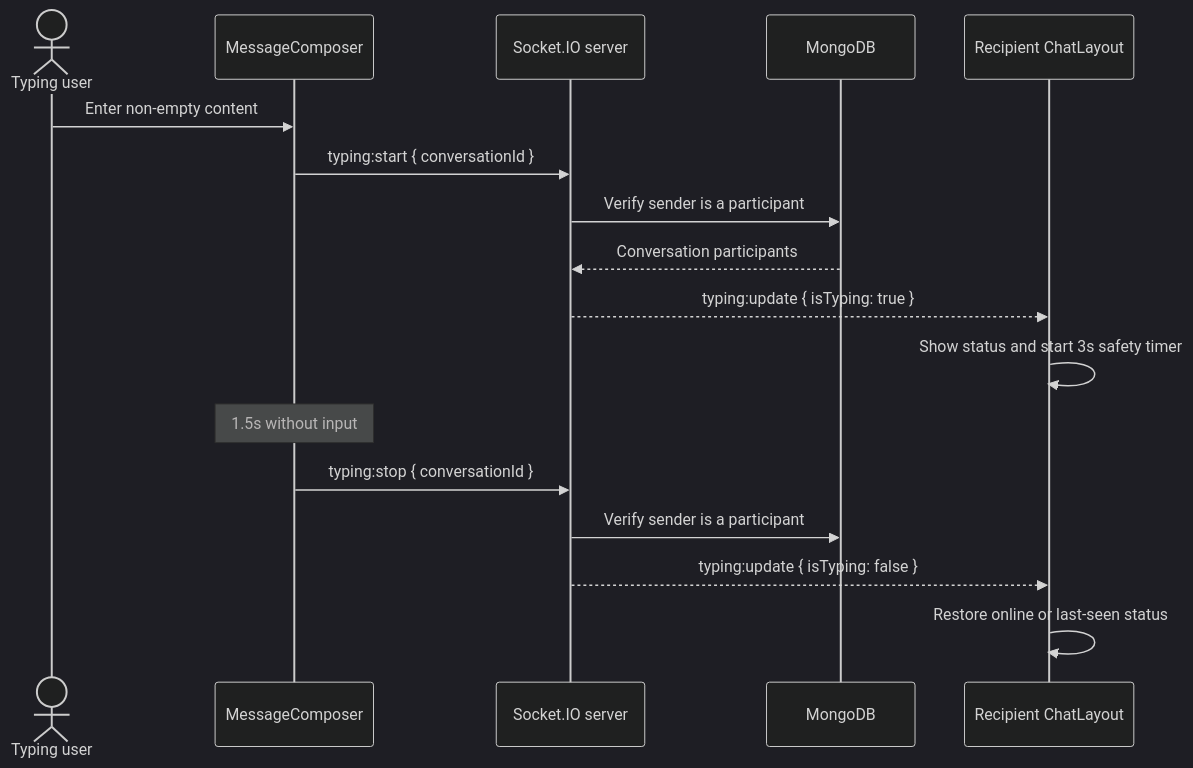
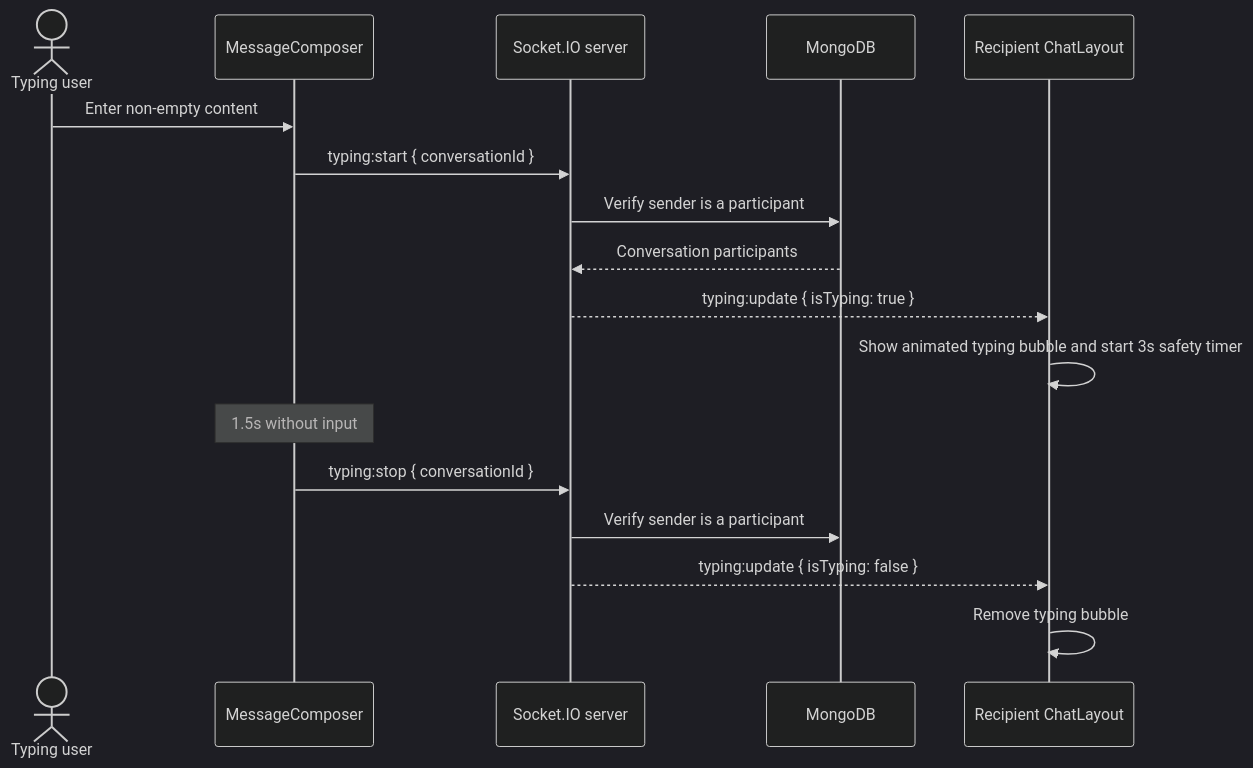
The second of 5 diagrams in docs/05-realtime-events.md (Saurav11343/click-chat), drawn with Mermaid (dark theme) before and after one commit. The commit also changed other lines of this file and 15 other files, not shown here.

````diff
--- a/docs/05-realtime-events.md
+++ b/docs/05-realtime-events.md
@@ -52,20 +55,20 @@
 ```mermaid
 sequenceDiagram
     actor A as Typing user
     participant C as MessageComposer
     participant IO as Socket.IO server
     participant DB as MongoDB
     participant R as Recipient ChatLayout
 
     A->>C: Enter non-empty content
     C->>IO: typing:start { conversationId }
     IO->>DB: Verify sender is a participant
     DB-->>IO: Conversation participants
     IO-->>R: typing:update { isTyping: true }
-    R->>R: Show status and start 3s safety timer
+    R->>R: Show animated typing bubble and start 3s safety timer
     Note over C: 1.5s without input
     C->>IO: typing:stop { conversationId }
     IO->>DB: Verify sender is a participant
     IO-->>R: typing:update { isTyping: false }
-    R->>R: Restore online or last-seen status
+    R->>R: Remove typing bubble
 ```
````
